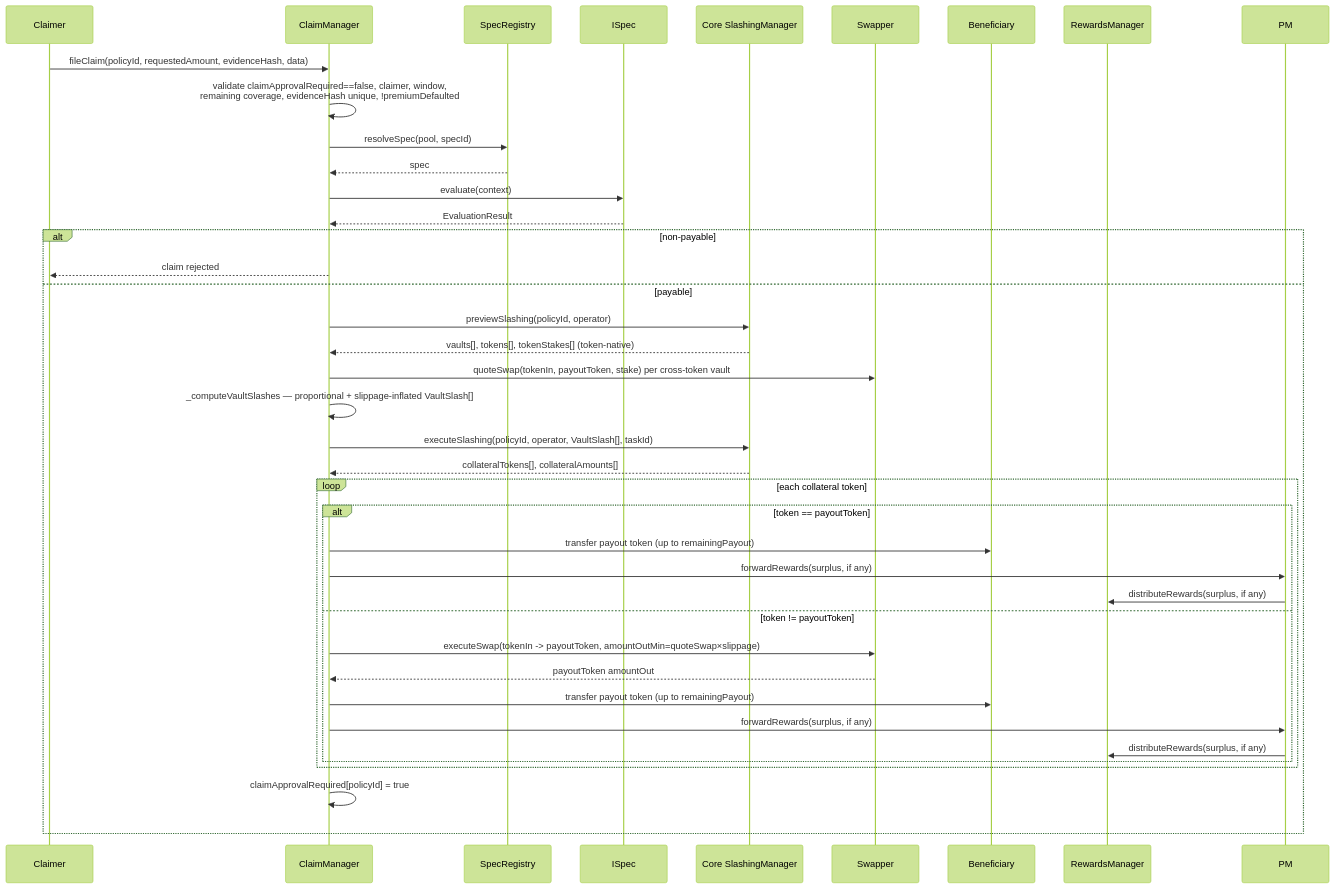
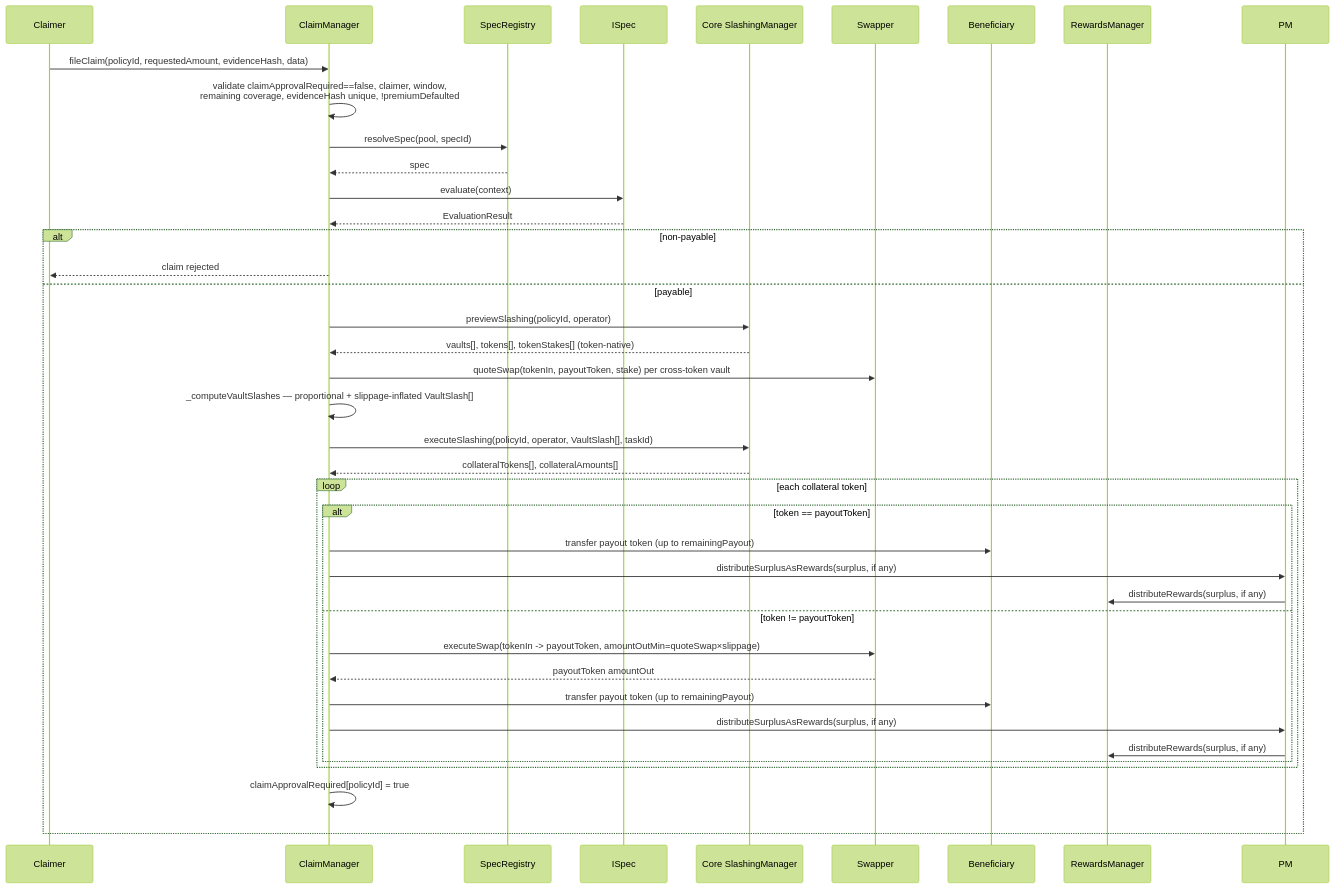
The third of 5 diagrams in docs/architecture/06-premiums-claims.md (0xcatalysis/coverage), drawn with Mermaid (forest theme) before and after one commit. The commit also changed other lines of this file and 10 other files, not shown here.

````diff
--- a/docs/architecture/06-premiums-claims.md
+++ b/docs/architecture/06-premiums-claims.md
@@ -110,43 +110,43 @@
 ```mermaid
 sequenceDiagram
     participant Claimer
     participant CM as ClaimManager
     participant SR as SpecRegistry
     participant Spec as ISpec
     participant SLM as Core SlashingManager
     participant SW as Swapper
     participant Beneficiary
     participant RM as RewardsManager
 
     Claimer->>CM: fileClaim(policyId, requestedAmount, evidenceHash, data)
     CM->>CM: validate claimApprovalRequired==false, claimer, window,<br/>remaining coverage, evidenceHash unique, !premiumDefaulted
     CM->>SR: resolveSpec(pool, specId)
     SR-->>CM: spec
     CM->>Spec: evaluate(context)
     Spec-->>CM: EvaluationResult
 
     alt non-payable
         CM-->>Claimer: claim rejected
     else payable
         CM->>SLM: previewSlashing(policyId, operator)
         SLM-->>CM: vaults[], tokens[], tokenStakes[] (token-native)
         CM->>SW: quoteSwap(tokenIn, payoutToken, stake) per cross-token vault
         CM->>CM: _computeVaultSlashes — proportional + slippage-inflated VaultSlash[]
         CM->>SLM: executeSlashing(policyId, operator, VaultSlash[], taskId)
         SLM-->>CM: collateralTokens[], collateralAmounts[]
         loop each collateral token
             alt token == payoutToken
                 CM->>Beneficiary: transfer payout token (up to remainingPayout)
-                CM->>PM: forwardRewards(surplus, if any)
+                CM->>PM: distributeSurplusAsRewards(surplus, if any)
                 PM->>RM: distributeRewards(surplus, if any)
             else token != payoutToken
                 CM->>SW: executeSwap(tokenIn -> payoutToken, amountOutMin=quoteSwap×slippage)
                 SW-->>CM: payoutToken amountOut
                 CM->>Beneficiary: transfer payout token (up to remainingPayout)
-                CM->>PM: forwardRewards(surplus, if any)
+                CM->>PM: distributeSurplusAsRewards(surplus, if any)
                 PM->>RM: distributeRewards(surplus, if any)
             end
         end
         CM->>CM: claimApprovalRequired[policyId] = true
     end
 ```
````
